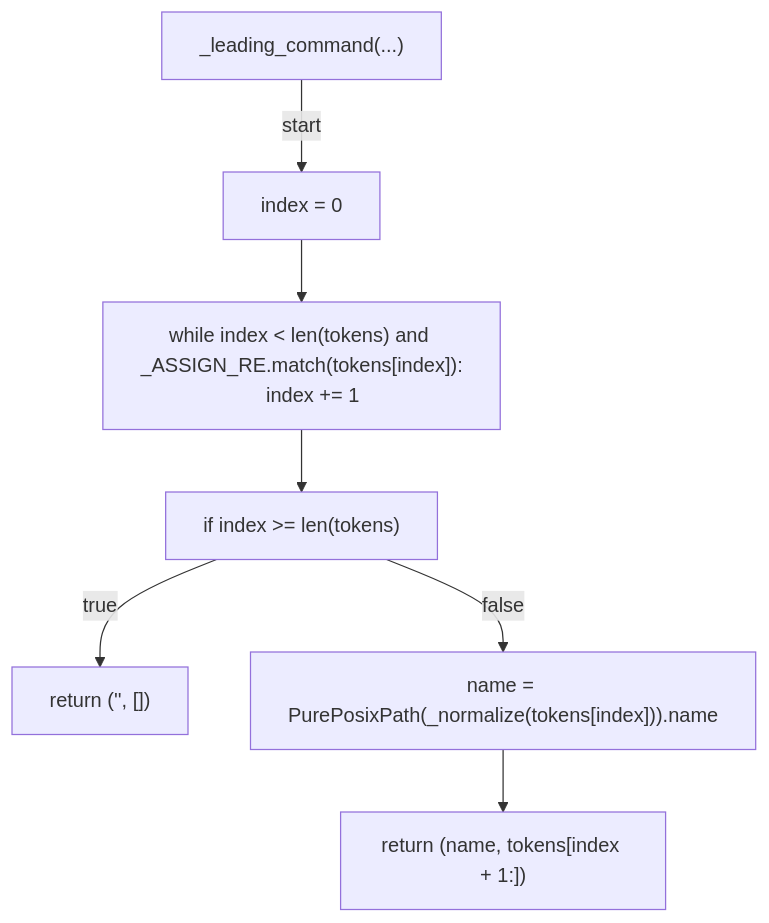
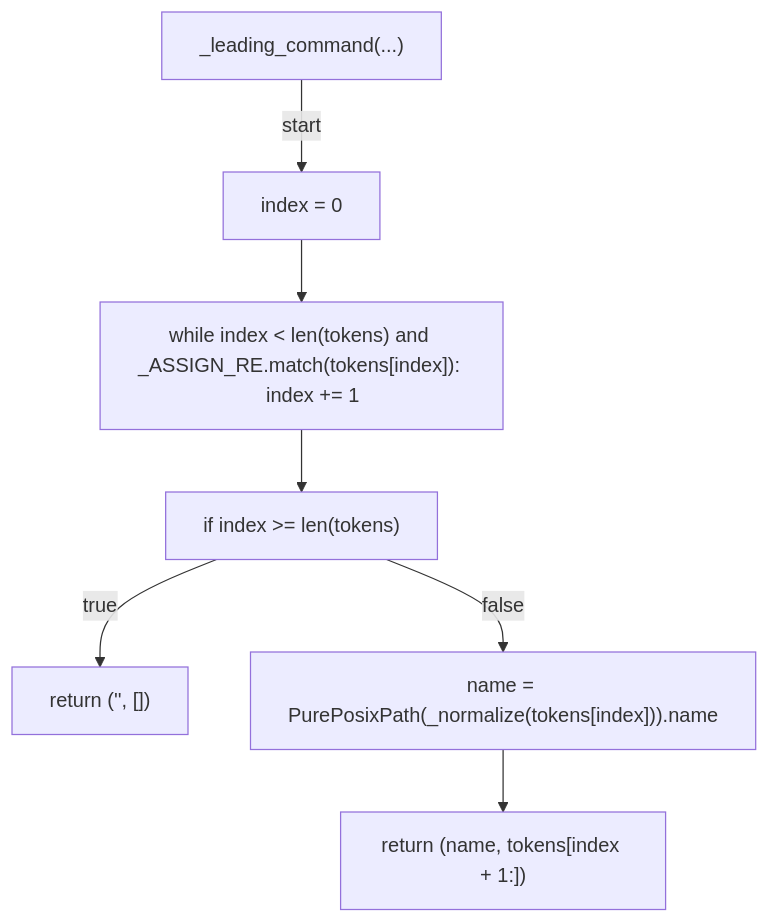
Before and after one commit to tvna/claude-md: the fourth of 10 diagrams in docs/generated/scripts/ast/gate_irreversible_bash.md, drawn with Mermaid. The commit also changed other lines of this file and 30 other files, not shown here.

First line of the commit message:
docs(generated): regenerate decision tree and workflow diagrams (batch 2/5)

````diff
--- a/docs/generated/scripts/ast/gate_irreversible_bash.md
+++ b/docs/generated/scripts/ast/gate_irreversible_bash.md
@@ -40,17 +40,16 @@
 ```mermaid
 flowchart TD
     N001["_leading_command(...)"]
     N002["index = 0"]
-    N003["while index < len(tokens) and _ASSIGN_RE.match(tokens[index]):
-    index += 1"]
+    N003["while index < len(tokens) and _ASSIGN_RE.match(tokens[index]):     index += 1"]
     N004["if index >= len(tokens)"]
     N005["return ('<str>', [])"]
     N006["name = PurePosixPath(_normalize(tokens[index])).name"]
     N007["return (name, tokens[index + 1:])"]
     N001 -->|"start"| N002
     N002 --> N003
     N003 --> N004
     N004 -->|"true"| N005
     N004 -->|"false"| N006
     N006 --> N007
 ```
````
